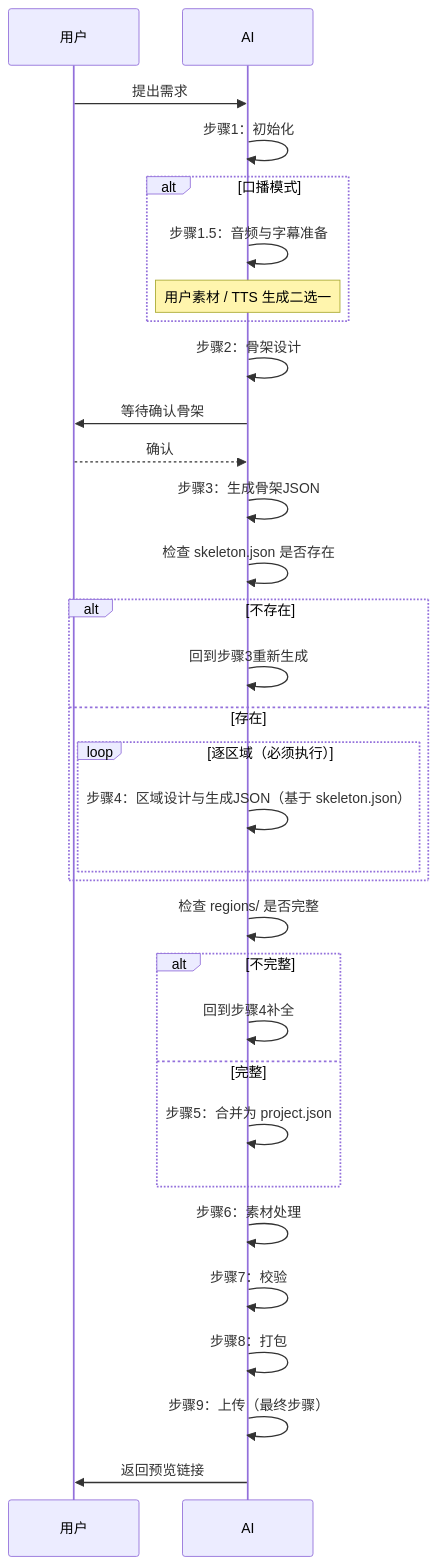
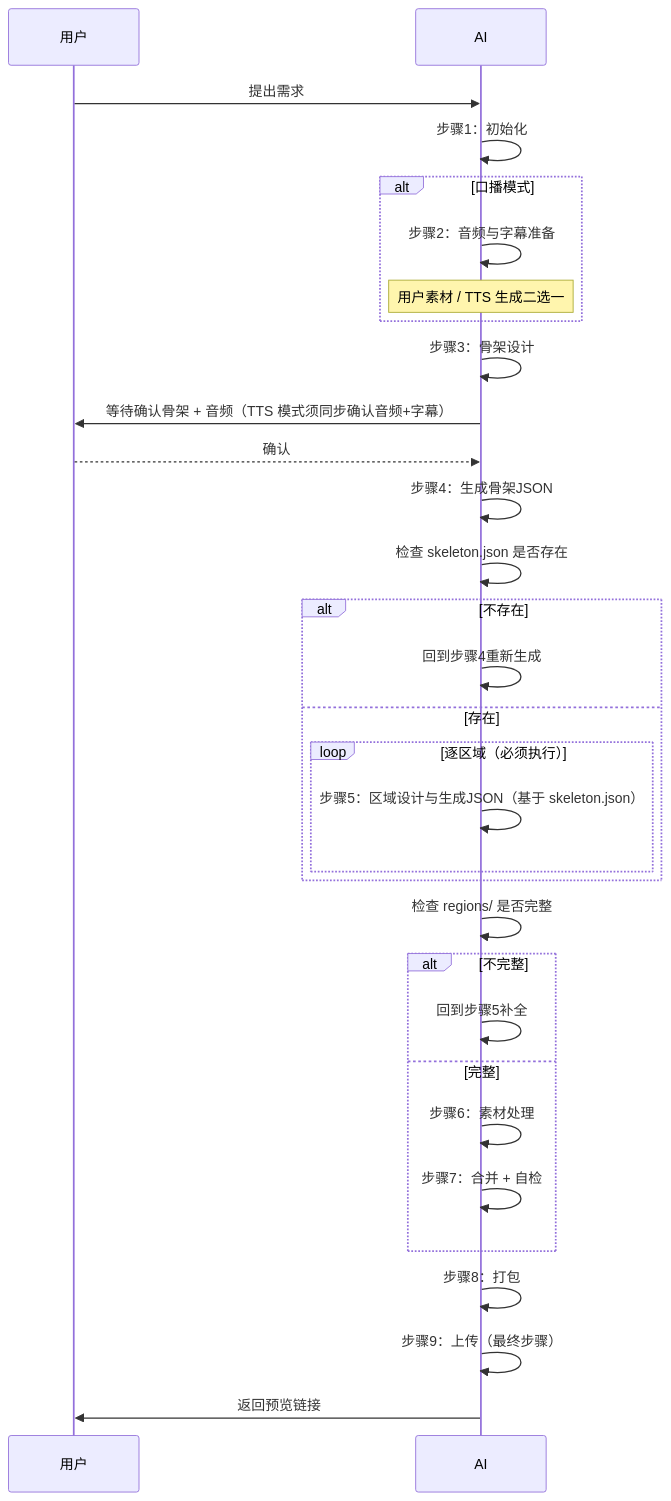
One commit to junyuaini/canvasvideo-skill changed the diagram in SKILL.md. Above: the diagram before and after it, drawn with Mermaid. The commit also changed other lines of this file and 49 other files, not shown here.

````diff
--- a/SKILL.md
+++ b/SKILL.md
@@ -34,35 +34,34 @@
 ```mermaid
 sequenceDiagram
     participant 用户
     participant AI
 
     用户->>AI: 提出需求
     AI->>AI: 步骤1：初始化
     alt 口播模式
-        AI->>AI: 步骤1.5：音频与字幕准备
+        AI->>AI: 步骤2：音频与字幕准备
         Note over AI: 用户素材 / TTS 生成二选一
     end
-    AI->>AI: 步骤2：骨架设计
-    AI->>用户: 等待确认骨架
+    AI->>AI: 步骤3：骨架设计
+    AI->>用户: 等待确认骨架 + 音频（TTS 模式须同步确认音频+字幕）
     用户-->>AI: 确认
-    AI->>AI: 步骤3：生成骨架JSON
+    AI->>AI: 步骤4：生成骨架JSON
     AI->>AI: 检查 skeleton.json 是否存在
     alt 不存在
-        AI->>AI: 回到步骤3重新生成
+        AI->>AI: 回到步骤4重新生成
     else 存在
         loop 逐区域（必须执行）
-            AI->>AI: 步骤4：区域设计与生成JSON（基于 skeleton.json）
+            AI->>AI: 步骤5：区域设计与生成JSON（基于 skeleton.json）
         end
     end
     AI->>AI: 检查 regions/ 是否完整
     alt 不完整
-        AI->>AI: 回到步骤4补全
+        AI->>AI: 回到步骤5补全
     else 完整
-        AI->>AI: 步骤5：合并为 project.json
+        AI->>AI: 步骤6：素材处理
+        AI->>AI: 步骤7：合并 + 自检
     end
-    AI->>AI: 步骤6：素材处理
-    AI->>AI: 步骤7：校验
     AI->>AI: 步骤8：打包
     AI->>AI: 步骤9：上传（最终步骤）
     AI->>用户: 返回预览链接
 ```
````
